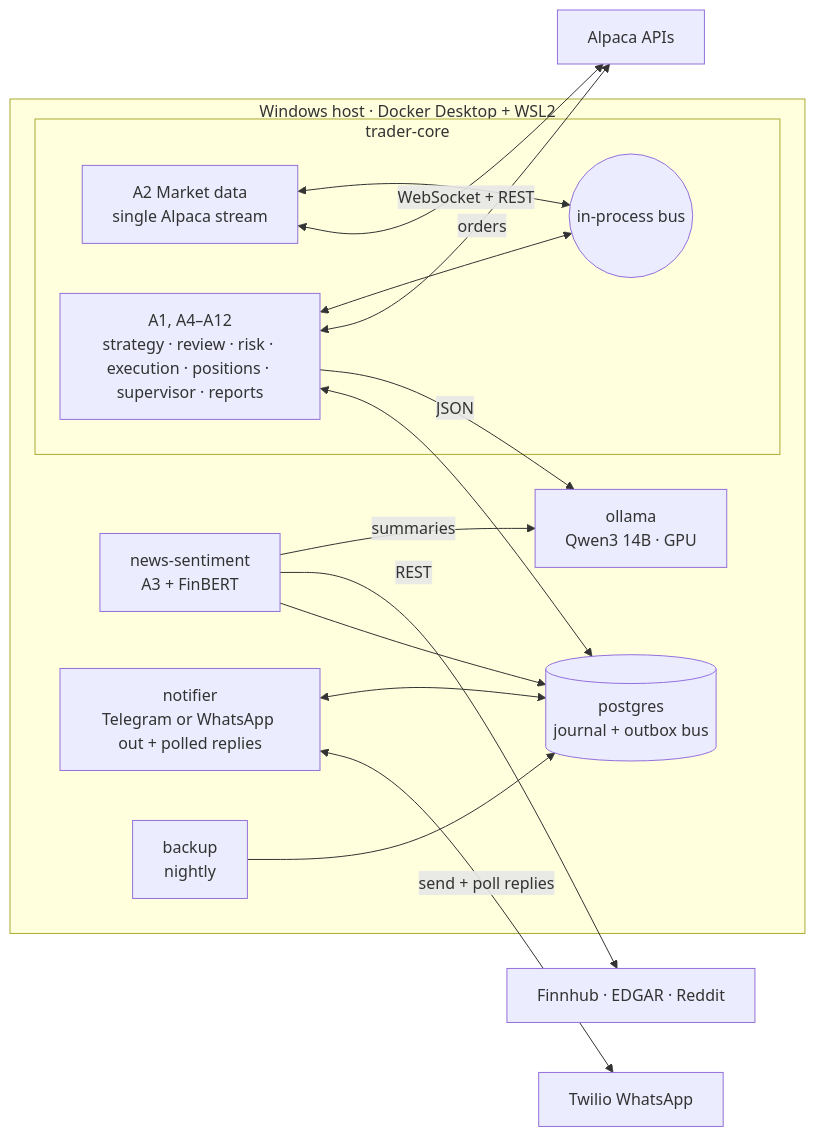
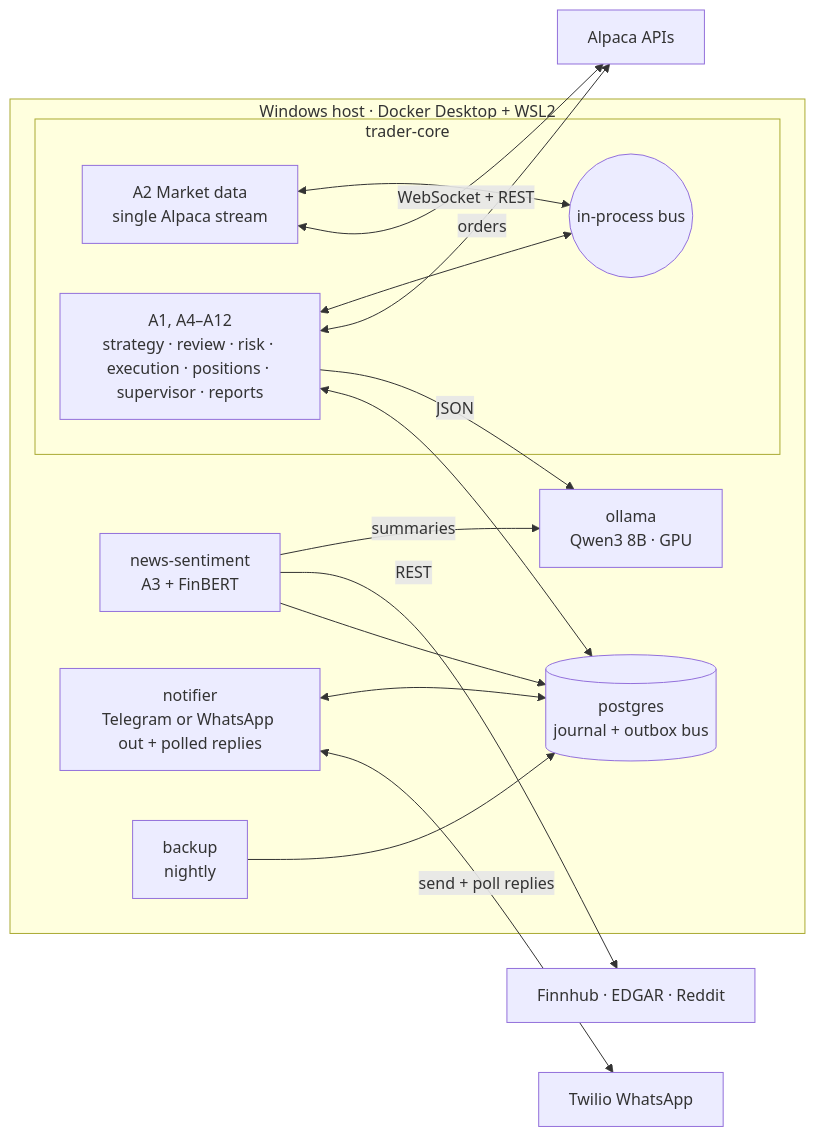
The first of 3 diagrams in docs/ARCHITECTURE.md (sbittla/agentic-ai-trading-system), drawn with Mermaid before and after one commit. The commit also changed 14 other files, not shown here.

````diff
--- a/docs/ARCHITECTURE.md
+++ b/docs/ARCHITECTURE.md
@@ -11,31 +11,31 @@
 ```mermaid
 flowchart LR
     subgraph Host["Windows host · Docker Desktop + WSL2"]
         subgraph core["trader-core"]
             A2[A2 Market data<br/>single Alpaca stream]
             BUS((in-process bus))
             DEC[A1, A4–A12<br/>strategy · review · risk · execution · positions · supervisor · reports]
         end
         NEWS[news-sentiment<br/>A3 + FinBERT]
         NOTI[notifier<br/>Telegram or WhatsApp out + polled replies]
-        OLL[ollama<br/>Qwen3 14B · GPU]
+        OLL[ollama<br/>Qwen3 8B · GPU]
         PG[(postgres<br/>journal + outbox bus)]
         BK[backup<br/>nightly]
     end
     ALP[Alpaca APIs]
     EXT[Finnhub · EDGAR · Reddit]
     TW[Twilio WhatsApp]
 
     A2 <--> BUS
     DEC <--> BUS
     A2 <-->|WebSocket + REST| ALP
     DEC <-->|orders| ALP
     DEC -->|JSON| OLL
     NEWS -->|summaries| OLL
     NEWS -->|REST| EXT
     NEWS --> PG
     DEC <--> PG
     NOTI <--> PG
     NOTI <-->|send + poll replies| TW
     BK --> PG
 ```
````
